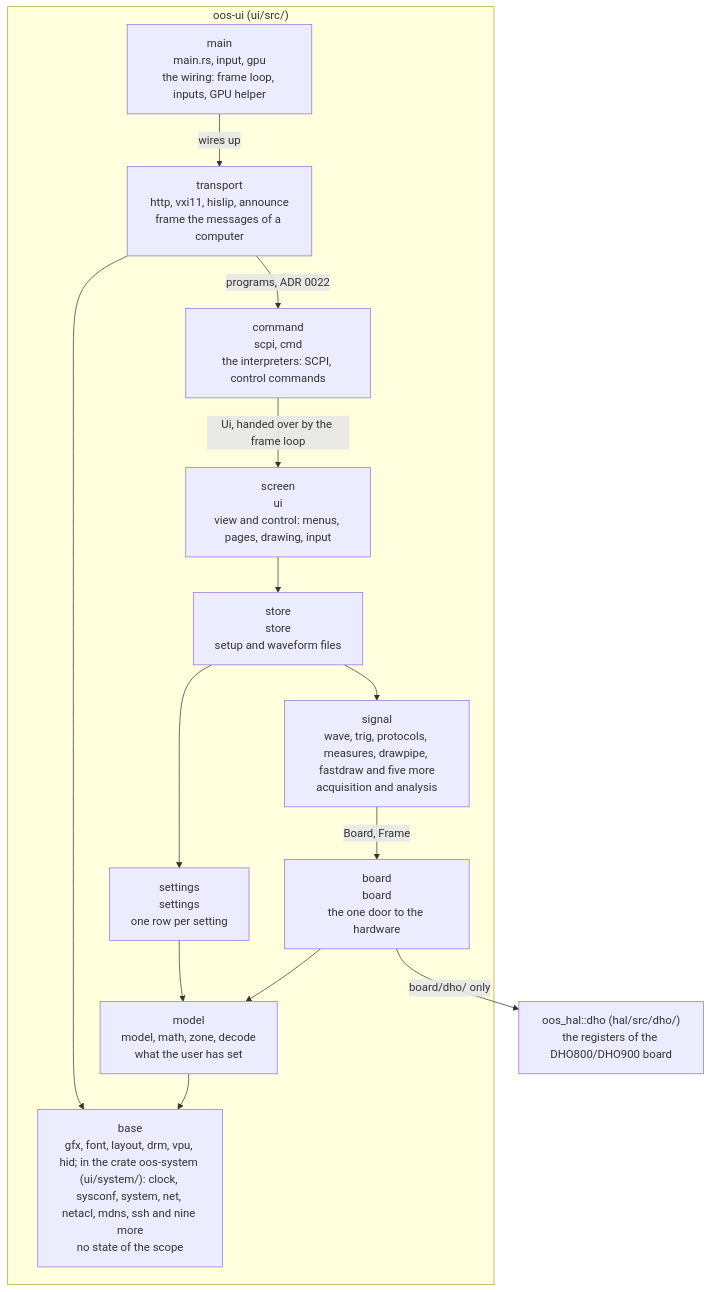
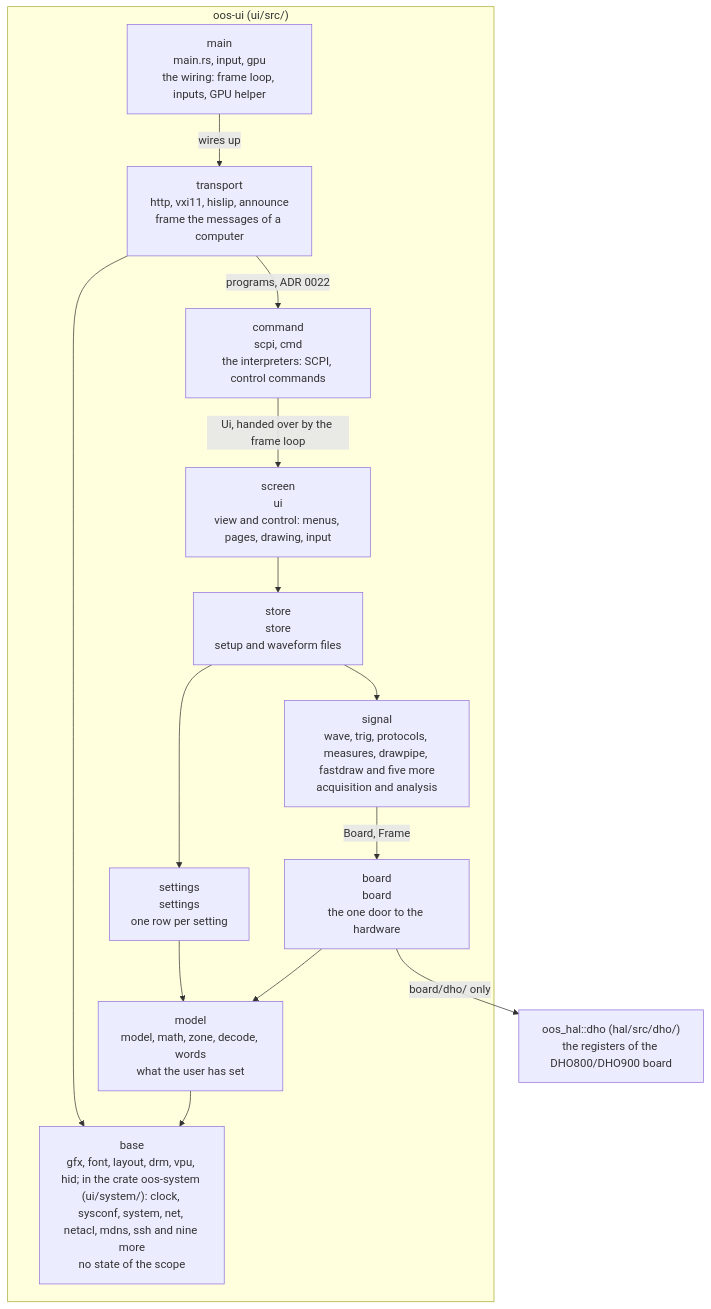
One commit to deckerjulian/oos changed the fourth of 4 diagrams in docs/architecture.md. Above: the diagram before and after it, drawn with Mermaid. The commit also changed 13 other files, not shown here.

````diff
--- a/docs/architecture.md
+++ b/docs/architecture.md
@@ -215,28 +215,28 @@
 ```mermaid
 flowchart TB
     subgraph uiL["oos-ui (ui/src/)"]
         main["main<br/>main.rs, input, gpu<br/>the wiring: frame loop, inputs, GPU helper"]
         transport["transport<br/>http, vxi11, hislip, announce<br/>frame the messages of a computer"]
         command["command<br/>scpi, cmd<br/>the interpreters: SCPI, control commands"]
         screen["screen<br/>ui<br/>view and control: menus, pages, drawing, input"]
         store["store<br/>store<br/>setup and waveform files"]
         signal["signal<br/>wave, trig, protocols, measures, drawpipe, fastdraw and five more<br/>acquisition and analysis"]
         settings["settings<br/>settings<br/>one row per setting"]
         board["board<br/>board<br/>the one door to the hardware"]
-        model["model<br/>model, math, zone, decode<br/>what the user has set"]
+        model["model<br/>model, math, zone, decode, words<br/>what the user has set"]
         base["base<br/>gfx, font, layout, drm, vpu, hid; in the crate oos-system (ui/system/): clock, sysconf, system, net, netacl, mdns, ssh and nine more<br/>no state of the scope"]
     end
     hal["oos_hal::dho (hal/src/dho/)<br/>the registers of the DHO800/DHO900 board"]
     main -- "wires up" --> transport
     transport -- "programs, ADR 0022" --> command
     transport --> base
     command -- "Ui, handed over by the frame loop" --> screen
     screen --> store
     store --> signal
     store --> settings
     signal -- "Board, Frame" --> board
     settings --> model
     board --> model
     model --> base
     board -- "board/dho/ only" --> hal
 ```
````
